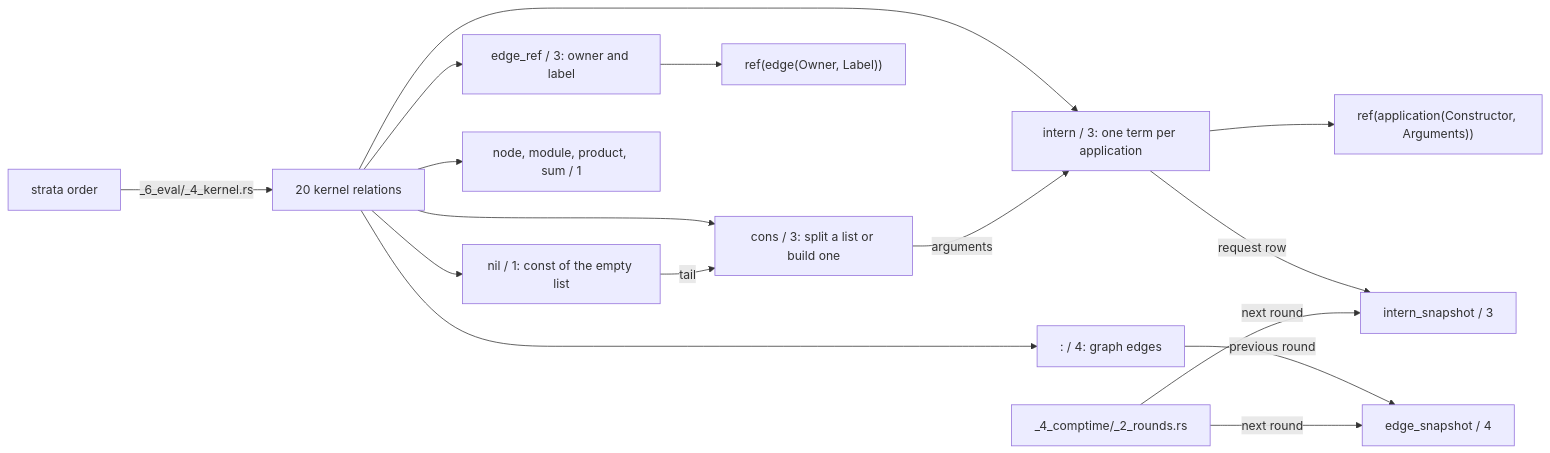
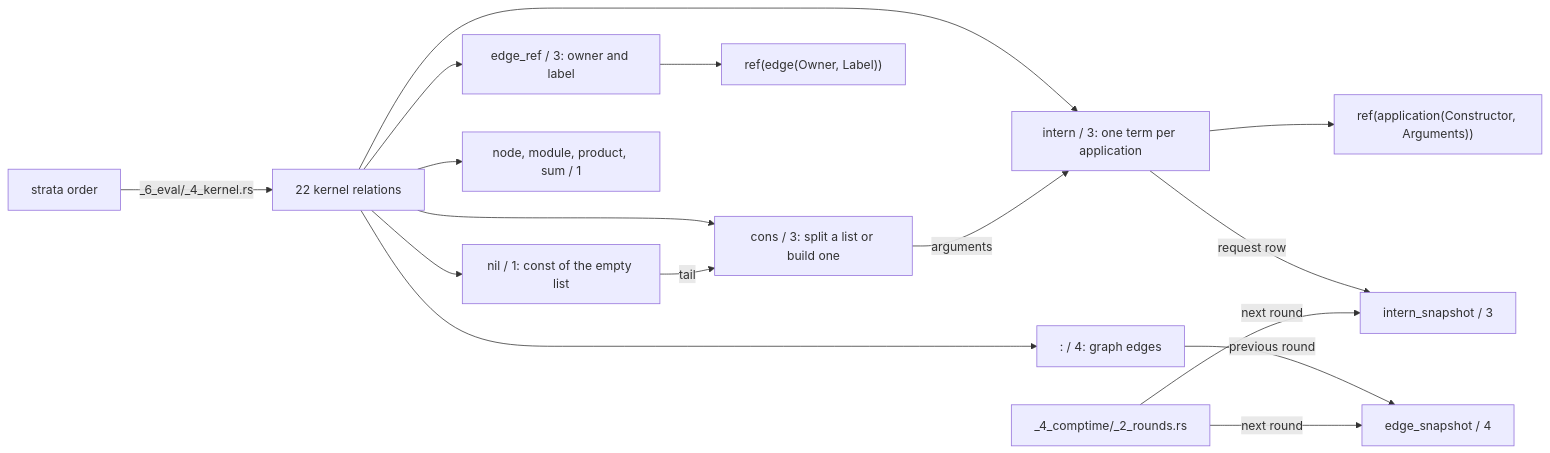
Before and after one commit to hafley66/sprefa: the diagram in book/src/5_terms.md, drawn with Mermaid. The commit also changed other lines of this file and 19 other files, not shown here.

````diff
--- a/book/src/5_terms.md
+++ b/book/src/5_terms.md
@@ -5,18 +5,18 @@
 ```mermaid
 flowchart LR
-  strata[strata order] -->|_6_eval/_4_kernel.rs| kernel[20 kernel relations]
+  strata[strata order] -->|_6_eval/_4_kernel.rs| kernel[22 kernel relations]
   kernel --> nil[nil / 1: const of the empty list]
   kernel --> cons[cons / 3: split a list or build one]
   kernel --> intern[intern / 3: one term per application]
   kernel --> edgeref[edge_ref / 3: owner and label]
   kernel --> edges[": / 4: graph edges"]
   kernel --> classify[node, module, product, sum / 1]
   nil -->|tail| cons
   cons -->|arguments| intern
   intern --> application["ref(application(Constructor, Arguments))"]
   edgeref --> edgeterm["ref(edge(Owner, Label))"]
   intern -->|request row| internsnap[intern_snapshot / 3]
   edges -->|previous round| edgesnap[edge_snapshot / 4]
   rounds[_4_comptime/_2_rounds.rs] -->|next round| internsnap
   rounds -->|next round| edgesnap
 ```
````
